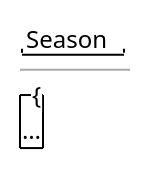
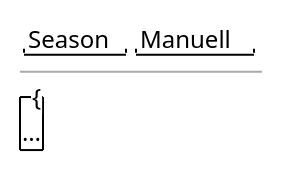
Before and after one commit to tradem/breakdown-rs: the third of 3 diagrams in docs/design/screens/seasons-home.md, drawn with PlantUML. The commit also changed other lines of this file and 30 other files, not shown here.

````diff
--- a/docs/design/screens/seasons-home.md
+++ b/docs/design/screens/seasons-home.md
@@ -76,13 +82,13 @@
 ```plantuml
 @startsalt
 {
-  "Season"
+  { "Season"                          | "Manuell" }
   --
   {^ {… }}
   {^ {… }}
   {^ {… }}
   --
-  ( + Season erstellen )
+  ( 🚀 Season-Setup starten )
 }
 @endsalt
 ```
````
